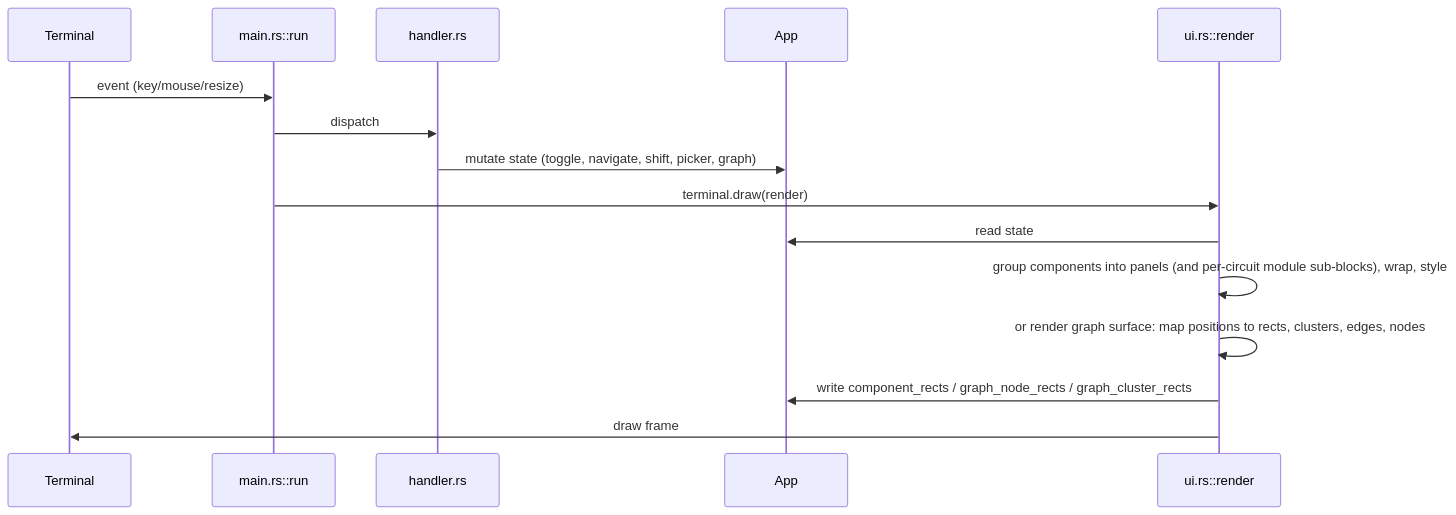
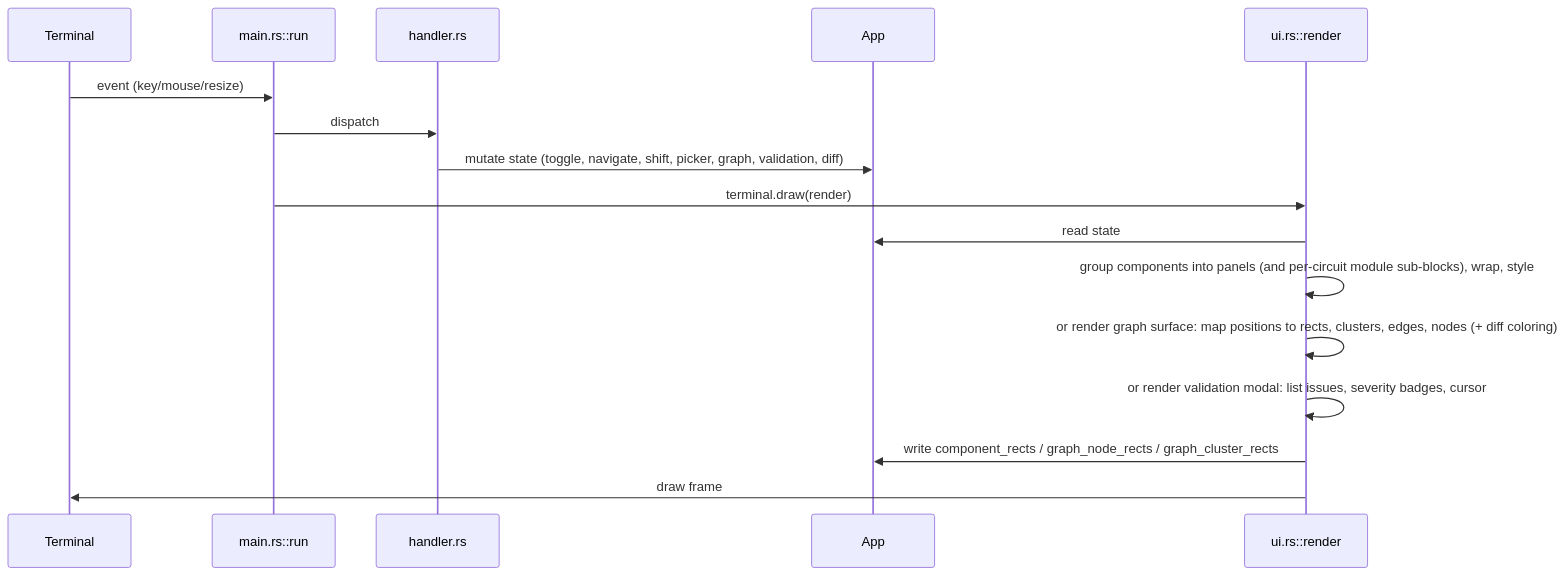
Before and after one commit to moonstruxx/droid-buddy: the second of 5 diagrams in ARCHITECTURE.md, drawn with Mermaid. The commit also changed other lines of this file and 11 other files, not shown here.

````diff
--- a/ARCHITECTURE.md
+++ b/ARCHITECTURE.md
@@ -134,17 +189,18 @@
 ```mermaid
 sequenceDiagram
     participant T as Terminal
     participant L as main.rs::run
     participant H as handler.rs
     participant A as App
     participant U as ui.rs::render
     T->>L: event (key/mouse/resize)
     L->>H: dispatch
-    H->>A: mutate state (toggle, navigate, shift, picker, graph)
+    H->>A: mutate state (toggle, navigate, shift, picker, graph, validation, diff)
     L->>U: terminal.draw(render)
     U->>A: read state
     U->>U: group components into panels (and per-circuit module sub-blocks), wrap, style
-    U->>U: or render graph surface: map positions to rects, clusters, edges, nodes
+    U->>U: or render graph surface: map positions to rects, clusters, edges, nodes (+ diff coloring)
+    U->>U: or render validation modal: list issues, severity badges, cursor
     U->>A: write component_rects / graph_node_rects / graph_cluster_rects
     U->>T: draw frame
 ```
````
